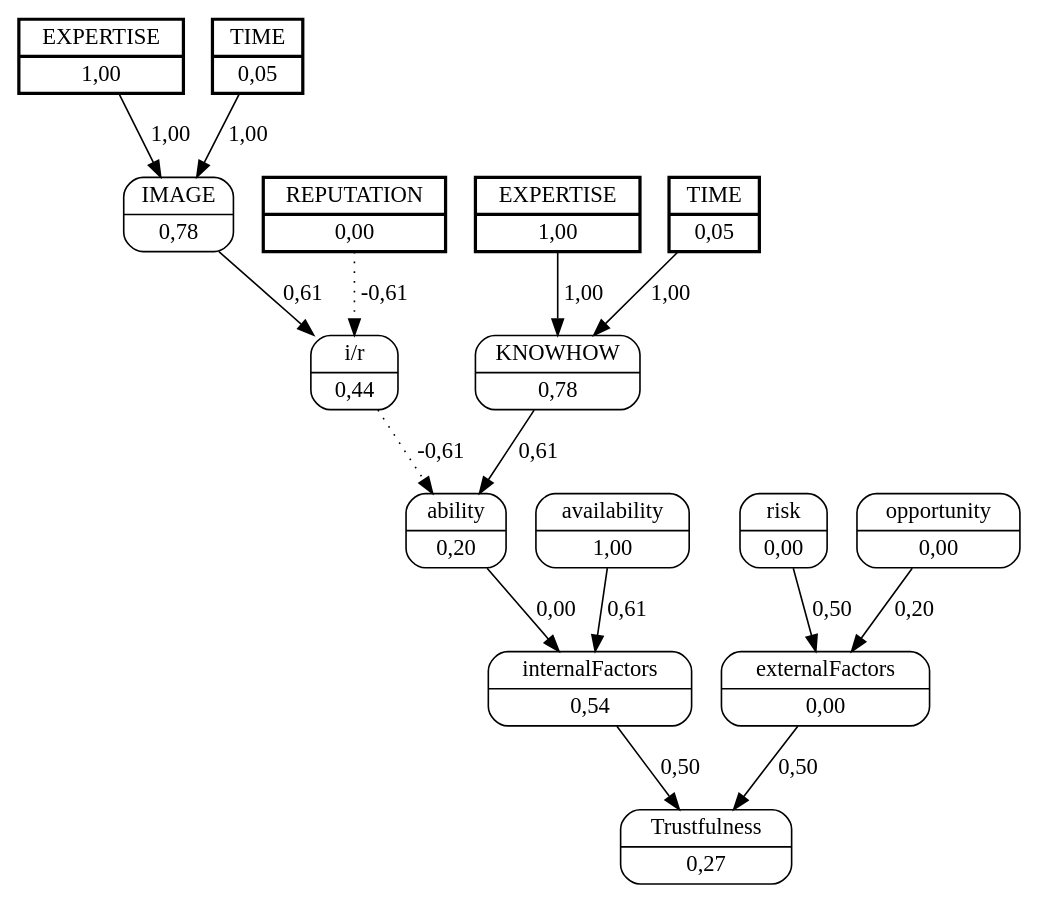
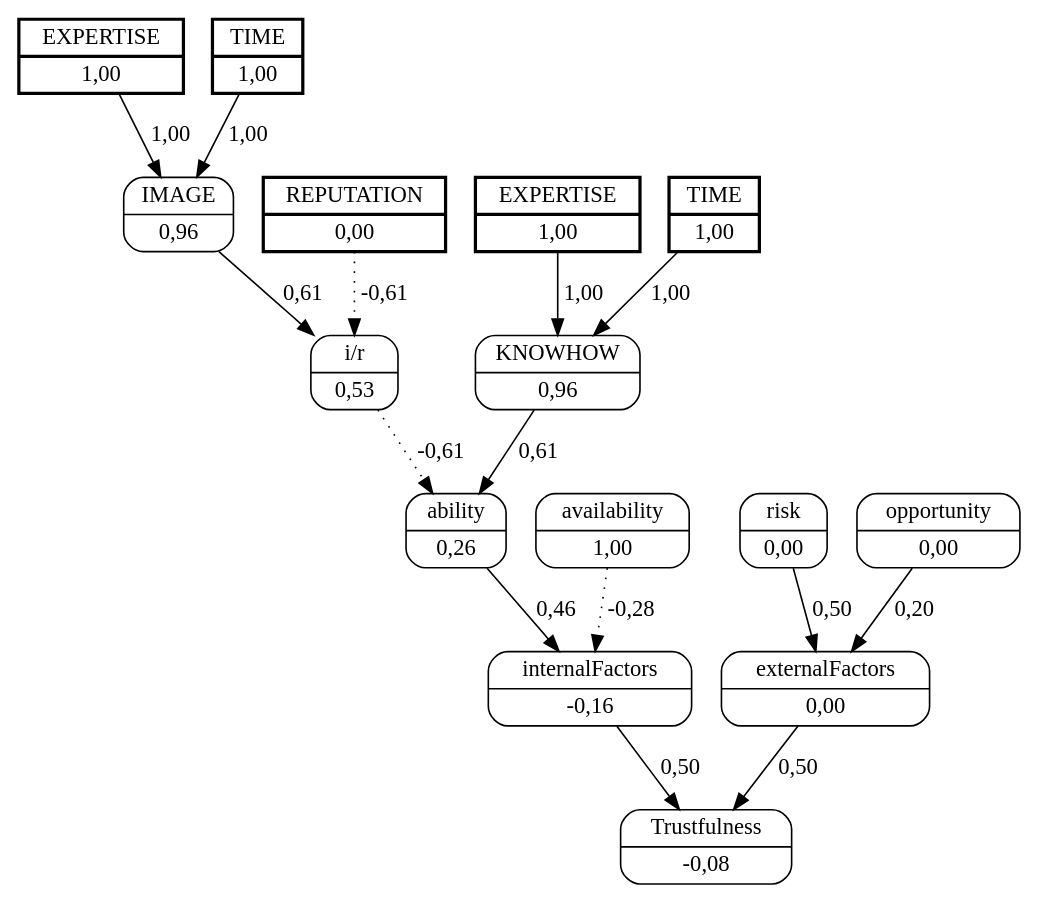
The diagram in unload_boxes/dots/worker_1helper_9.dot (jjbaqueta/unload_experiment), drawn with Graphviz before and after one commit. The commit also changed 297 other files, not shown here.

```diff
--- a/unload_boxes/dots/worker_1helper_9.dot
+++ b/unload_boxes/dots/worker_1helper_9.dot
@@ -1,34 +1,34 @@
 digraph FCM_net{
 	node [shape=record, style=rounded]
 	11 [label="{EXPERTISE | 1,00}", style=bold, penwidth=2, peripheries=2];
-	12 [label="{TIME | 0,05}", style=bold, penwidth=2, peripheries=2];
+	12 [label="{TIME | 1,00}", style=bold, penwidth=2, peripheries=2];
 	1 [label="{REPUTATION | 0,00}", style=bold, penwidth=2, peripheries=2];
 	13 [label="{EXPERTISE | 1,00}", style=bold, penwidth=2, peripheries=2];
-	14 [label="{TIME | 0,05}", style=bold, penwidth=2, peripheries=2];
-	0 [label="{IMAGE | 0,78}"];
+	14 [label="{TIME | 1,00}", style=bold, penwidth=2, peripheries=2];
+	0 [label="{IMAGE | 0,96}"];
 	1 [label="{REPUTATION | 0,00}"];
-	2 [label="{KNOWHOW | 0,78}"];
-	3 [label="{i/r | 0,44}"];
-	4 [label="{ability | 0,20}"];
+	2 [label="{KNOWHOW | 0,96}"];
+	3 [label="{i/r | 0,53}"];
+	4 [label="{ability | 0,26}"];
 	5 [label="{availability | 1,00}"];
-	6 [label="{internalFactors | 0,54}"];
+	6 [label="{internalFactors | -0,16}"];
 	7 [label="{risk | 0,00}"];
 	8 [label="{opportunity | 0,00}"];
 	9 [label="{externalFactors | 0,00}"];
-	10 [label="{Trustfulness | 0,27}"];
+	10 [label="{Trustfulness | -0,08}"];
 	11 [label="{EXPERTISE | 1,00}"];
 	0 -> 3 [label = "0,61"];
 	1 -> 3 [label = "-0,61", style=dotted];
 	3 -> 4 [label = "-0,61", style=dotted];
 	2 -> 4 [label = "0,61"];
-	4 -> 6 [label = "0,00"];
-	5 -> 6 [label = "0,61"];
+	4 -> 6 [label = "0,46"];
+	5 -> 6 [label = "-0,28", style=dotted];
 	6 -> 10 [label = "0,50"];
 	7 -> 9 [label = "0,50"];
 	8 -> 9 [label = "0,20"];
 	9 -> 10 [label = "0,50"];
 	11 -> 0 [label = "1,00"];
 	12 -> 0 [label = "1,00"];
 	13 -> 2 [label = "1,00"];
 	14 -> 2 [label = "1,00"];
 }
```
